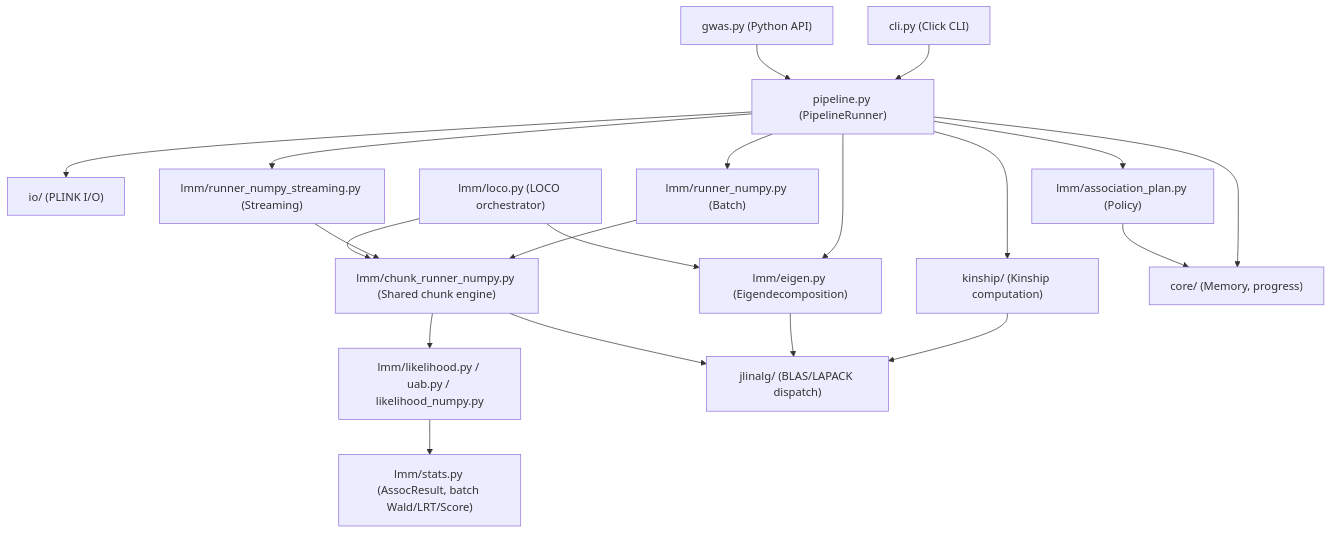
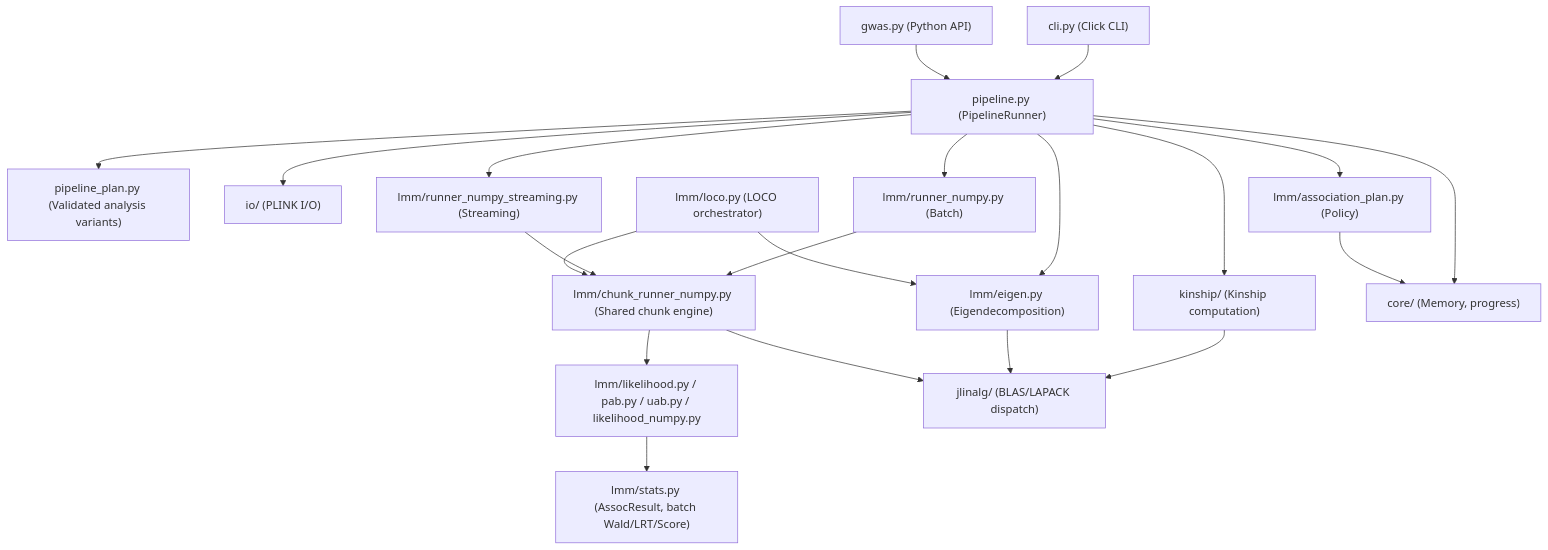
One commit to michael-denyer/jamma changed the diagram in docs/ARCHITECTURE.md. Above: the diagram before and after it, drawn with Mermaid. The commit also changed other lines of this file and 78 other files, not shown here.

````diff
--- a/docs/ARCHITECTURE.md
+++ b/docs/ARCHITECTURE.md
@@ -9,38 +9,40 @@
 ```mermaid
 graph TD
     CLI["cli.py (Click CLI)"]
     API["gwas.py (Python API)"]
     Pipeline["pipeline.py (PipelineRunner)"]
+    AnalysisPlan["pipeline_plan.py (Validated analysis variants)"]
     IO["io/ (PLINK I/O)"]
     Kinship["kinship/ (Kinship computation)"]
     Eigen["lmm/eigen.py (Eigendecomposition)"]
     Planner["lmm/association_plan.py (Policy)"]
     BatchRunner["lmm/runner_numpy.py (Batch)"]
     StreamRunner["lmm/runner_numpy_streaming.py (Streaming)"]
     ChunkRunner["lmm/chunk_runner_numpy.py (Shared chunk engine)"]
-    Likelihood["lmm/likelihood.py / uab.py / likelihood_numpy.py"]
+    Likelihood["lmm/likelihood.py / pab.py / uab.py / likelihood_numpy.py"]
     Stats["lmm/stats.py (AssocResult, batch Wald/LRT/Score)"]
     LOCO["lmm/loco.py (LOCO orchestrator)"]
     jlinalg["jlinalg/ (BLAS/LAPACK dispatch)"]
     Core["core/ (Memory, progress)"]
 
     CLI --> Pipeline
     API --> Pipeline
+    Pipeline --> AnalysisPlan
     Pipeline --> IO
     Pipeline --> Kinship
     Pipeline --> Eigen
     Pipeline --> Planner
     Pipeline --> BatchRunner
     Pipeline --> StreamRunner
     BatchRunner --> ChunkRunner
     StreamRunner --> ChunkRunner
     ChunkRunner --> Likelihood
     Likelihood --> Stats
     LOCO --> Eigen
     LOCO --> ChunkRunner
     Kinship --> jlinalg
     Eigen --> jlinalg
     ChunkRunner --> jlinalg
     Pipeline --> Core
     Planner --> Core
 ```
````
